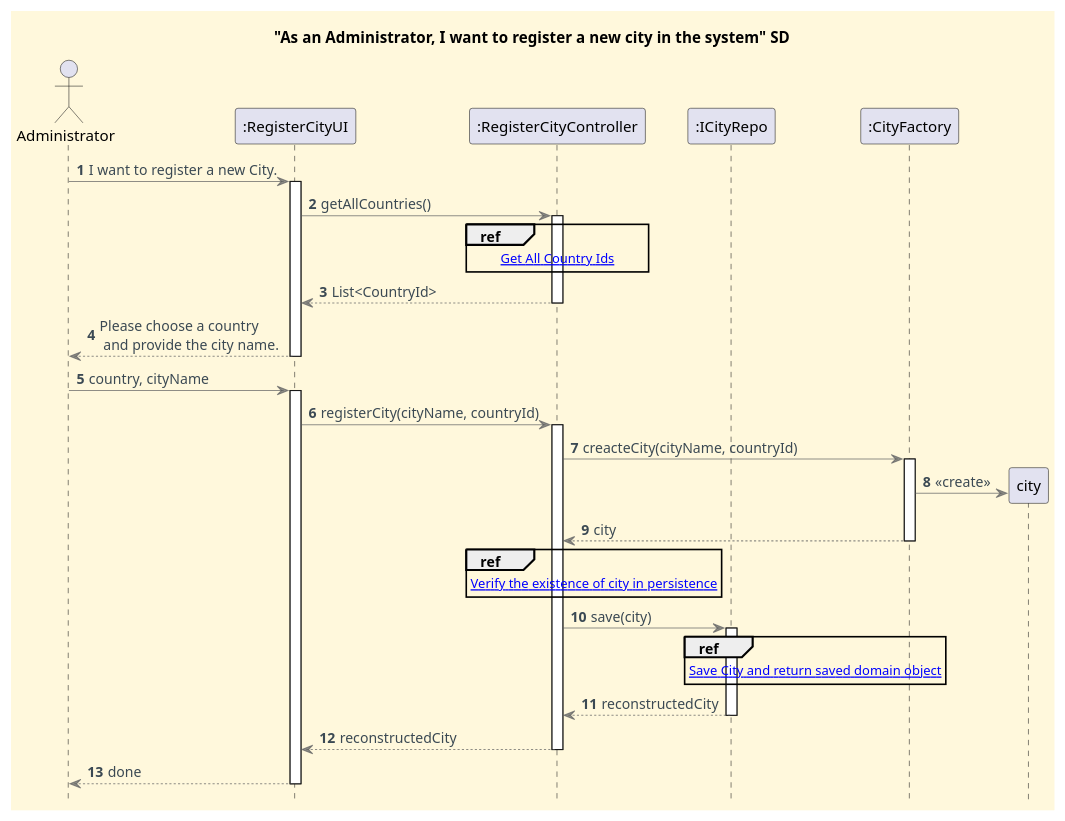
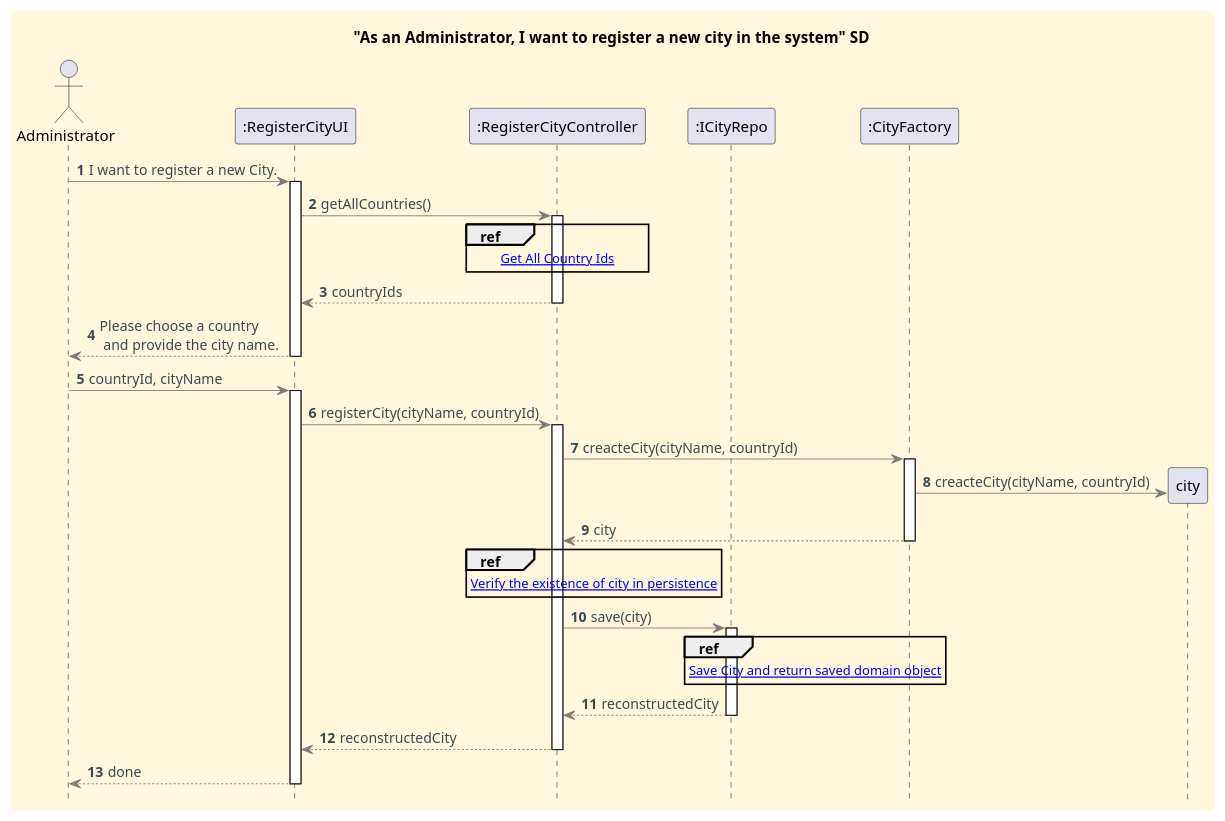
One commit to CarolinaLeite-collab/JavaMarketplacePlatform changed the diagram in docs/functionalities/admin/register-city/Register_City_SD.puml. Above: the diagram before and after it, drawn with PlantUML. The commit also changed 2 other files, not shown here.

```diff
--- a/docs/functionalities/admin/register-city/Register_City_SD.puml
+++ b/docs/functionalities/admin/register-city/Register_City_SD.puml
@@ -1,69 +1,69 @@
 @startuml
 title "As an Administrator, I want to register a new city in the system" SD
 
 '==== basic style ====
 skinparam monochrome false
 skinparam defaultFontName Futura
 skinparam objectFontSize 20
 skinparam backgroundColor CornSilk
 skinparam objectBackgroundColor WhiteSmoke
 skinparam noteBackgroundColor #FFFFE0
 skinparam ArrowFontColor #3B4953
 skinparam ArrowColor #57595BAA
 
 autonumber
 autoactivate off
 hidefootbox
 
 ' ==== Actor and participants ====
 actor Administrator as Admin
 participant ":RegisterCityUI" as UI
 participant ":RegisterCityController" as CTL
 participant ":ICityRepo" as IREPO
 participant ":CityFactory" as FCT
 
 '==== UI interaction ====
 Admin -> UI: I want to register a new City.
 activate UI
 
 
 '==== Get Countries Id's ====
 UI -> CTL: getAllCountries()
 activate CTL
 ref over CTL
 [[sd-ref-diagrams/Get_Country_Ids.puml Get All Country Ids]]
 end ref
-UI <-- CTL: List<CountryId>
+UI <-- CTL: countryIds
 deactivate CTL
 
 
 '==== Create City ====
 UI --> Admin: Please choose a country \n and provide the city name.
 deactivate UI
-Admin -> UI: country, cityName
+Admin -> UI: countryId, cityName
 activate UI
 UI -> CTL: registerCity(cityName, countryId)
 activate CTL
 CTL -> FCT : creacteCity(cityName, countryId)
 activate FCT
 create city
-FCT -> city : <<create>>
+FCT -> city : creacteCity(cityName, countryId)
 FCT --> CTL : city
 deactivate FCT
 ref over CTL
 [[sd-ref-diagrams/Verify_City.puml Verify the existence of city in persistence]]
 end ref
 
 '==== Save City ====
 CTL -> IREPO : save(city)
 activate IREPO
 ref over IREPO
 [[sd-ref-diagrams/Save_City.puml Save City and return saved domain object]]
 end ref
 IREPO --> CTL : reconstructedCity
 deactivate IREPO
 CTL --> UI : reconstructedCity
 deactivate CTL
 UI --> Admin : done
 deactivate UI
 @enduml
```
